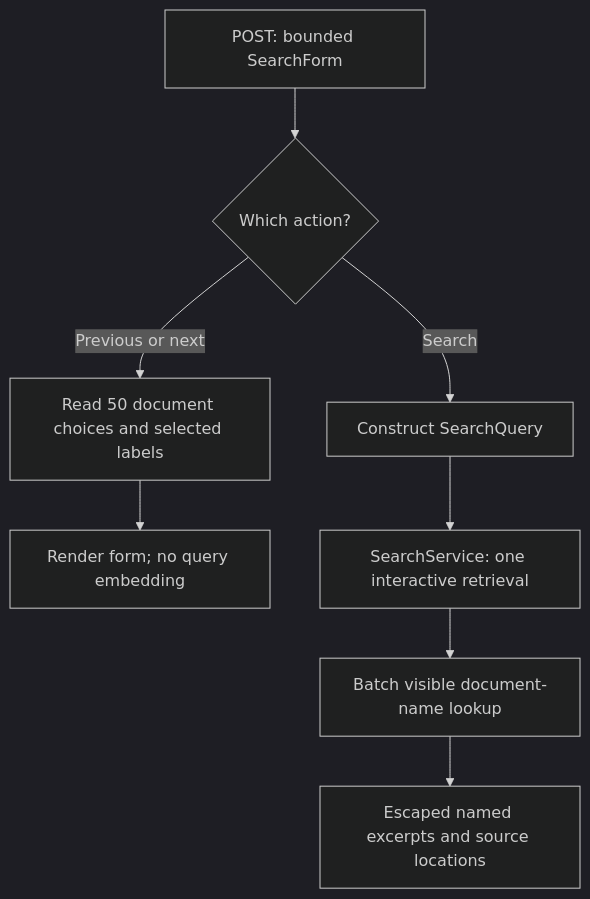
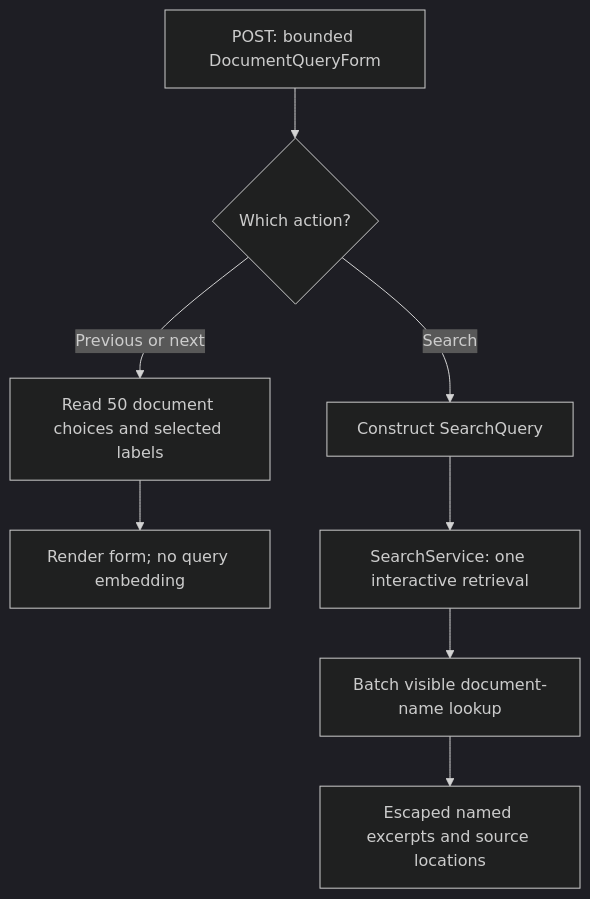
Diagram 20 of 32 in .learnigns/embedding-contract-guide.md (FarukValjevac/SecondBrain), drawn with Mermaid (dark theme) before and after one commit. The commit also changed other lines of this file and 20 other files, not shown here.

````diff
--- a/.learnigns/embedding-contract-guide.md
+++ b/.learnigns/embedding-contract-guide.md
@@ -1091,10 +1091,10 @@
 ```mermaid
 flowchart TD
-    Form[POST: bounded SearchForm] --> Action{Which action?}
+    Form[POST: bounded DocumentQueryForm] --> Action{Which action?}
     Action -->|Previous or next| Choices[Read 50 document choices and selected labels]
     Choices --> Render[Render form; no query embedding]
     Action -->|Search| Query[Construct SearchQuery]
     Query --> Retrieval[SearchService: one interactive retrieval]
     Retrieval --> Names[Batch visible document-name lookup]
     Names --> Results[Escaped named excerpts and source locations]
 ```
````
